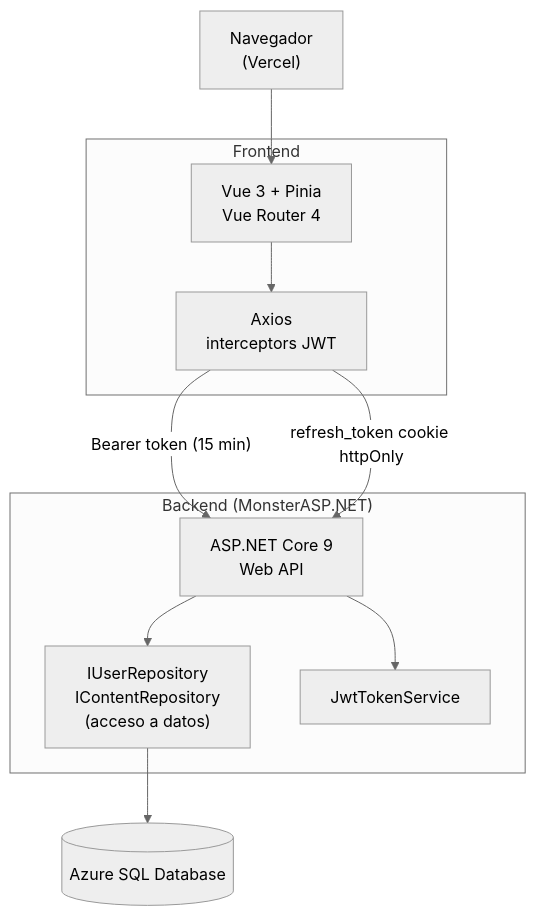
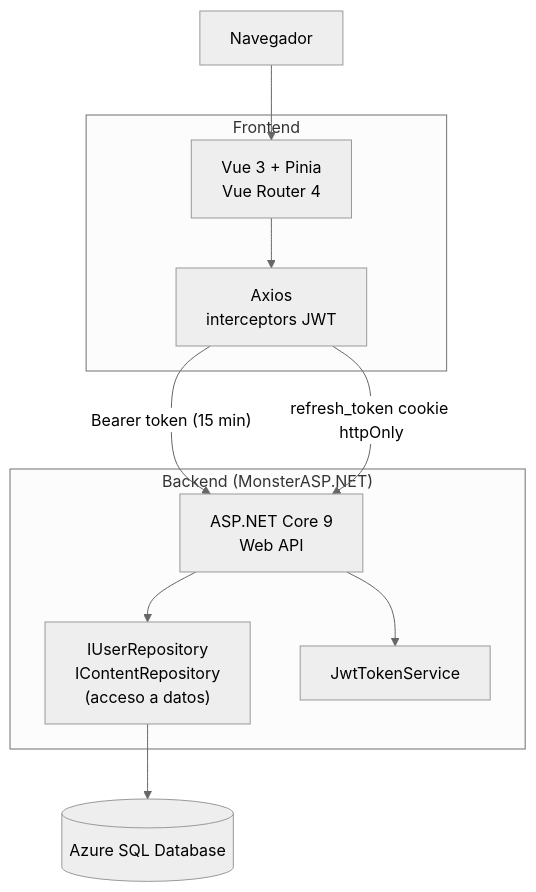
The diagram in README.md (Danirolan21/myvirtualacademy-fullstack), drawn with Mermaid (neutral theme) before and after one commit. The commit also changed other lines of this file, not shown here.

````diff
--- a/README.md
+++ b/README.md
@@ -210,25 +210,25 @@
 ```mermaid
 graph TD
-    Browser["Navegador<br/>(Vercel)"]
+    Browser["Navegador"]
 
     subgraph Frontend
         Vue["Vue 3 + Pinia<br/>Vue Router 4"]
         Axios["Axios<br/>interceptors JWT"]
     end
 
     subgraph Backend["Backend (MonsterASP.NET)"]
         API["ASP.NET Core 9<br/>Web API"]
         Repo["IUserRepository<br/>IContentRepository<br/>(acceso a datos)"]
         JWT["JwtTokenService"]
     end
 
     DB[("Azure SQL Database")]
 
     Browser --> Vue
     Vue --> Axios
     Axios -- "Bearer token (15 min)" --> API
     Axios -- "refresh_token cookie httpOnly" --> API
     API --> JWT
     API --> Repo
     Repo --> DB
 ```
````
